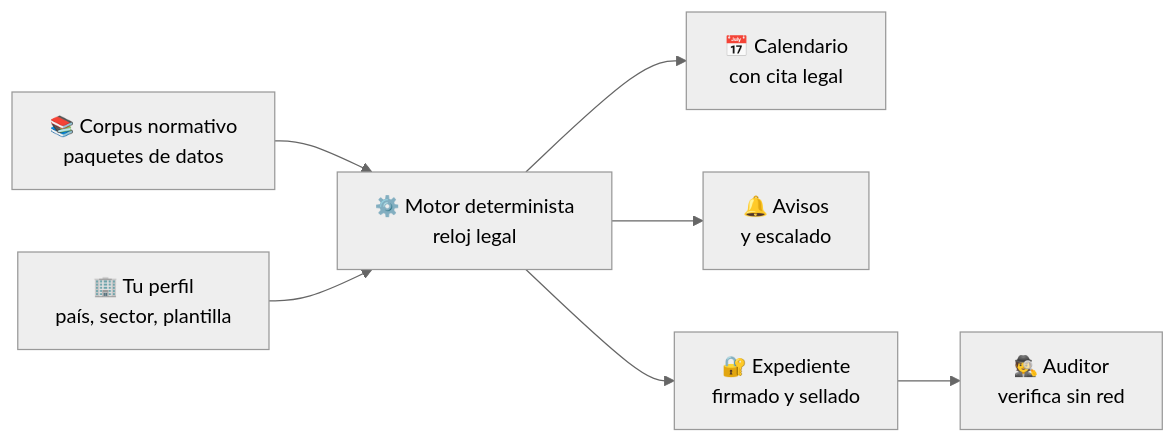
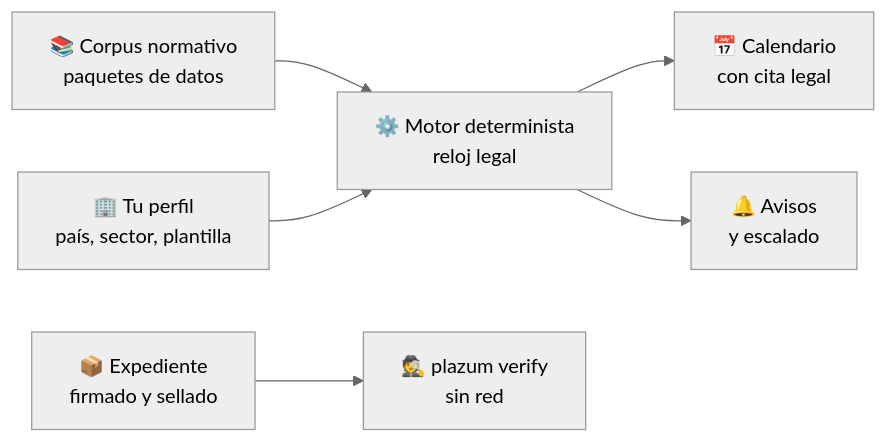
Before and after one commit to marcosmatalab/plazum: the diagram in README.es.md, drawn with Mermaid (neutral theme). The commit also changed other lines of this file and 1 other file, not shown here.

````diff
--- a/README.es.md
+++ b/README.es.md
@@ -49,9 +57,8 @@
 ```mermaid
 flowchart LR
     C["📚 Corpus normativo<br/>paquetes de datos"] --> M["⚙️ Motor determinista<br/>reloj legal"]
     P["🏢 Tu perfil<br/>país, sector, plantilla"] --> M
     M --> K["📅 Calendario<br/>con cita legal"]
     M --> A["🔔 Avisos<br/>y escalado"]
-    M --> E["🔐 Expediente<br/>firmado y sellado"]
-    E --> V["🕵️ Auditor<br/>verifica sin red"]
+    X["📦 Expediente<br/>firmado y sellado"] --> V["🕵️ plazum verify<br/>sin red"]
 ```
````
